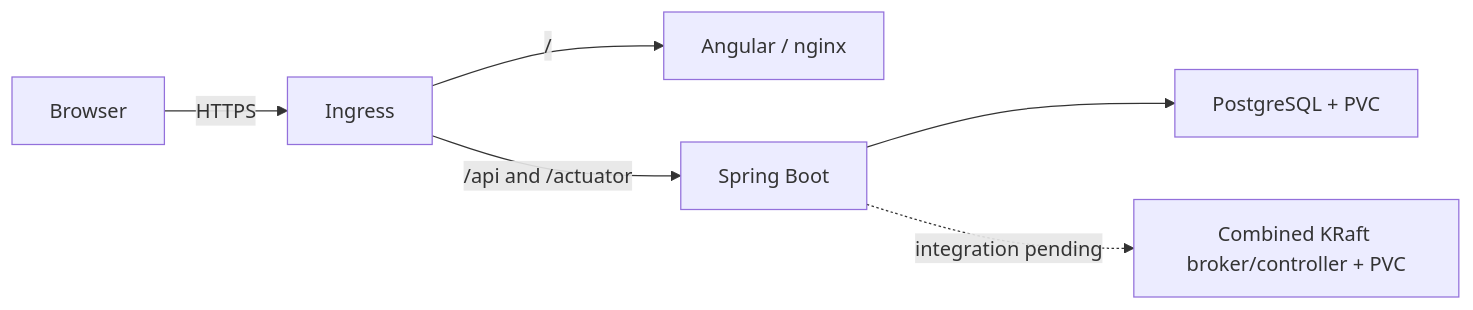
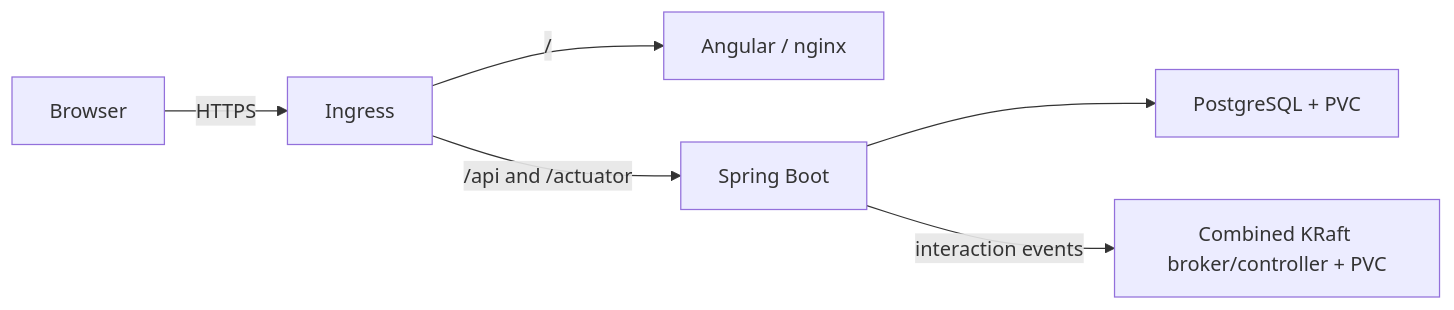
Before and after one commit to BrandonRobare/bean-brigade-customer-management-platform: the diagram in k8s/README.md, drawn with Mermaid. The commit also changed other lines of this file and 5 other files, not shown here.

````diff
--- a/k8s/README.md
+++ b/k8s/README.md
@@ -21,8 +21,8 @@
 ```mermaid
 flowchart LR
   Browser -->|HTTPS| Ingress
   Ingress -->|/| UI[Angular / nginx]
   Ingress -->|/api and /actuator| API[Spring Boot]
   API --> PG[PostgreSQL + PVC]
-  API -. integration pending .-> Kafka[Combined KRaft broker/controller + PVC]
+  API -->|interaction events| Kafka[Combined KRaft broker/controller + PVC]
 ```
````
